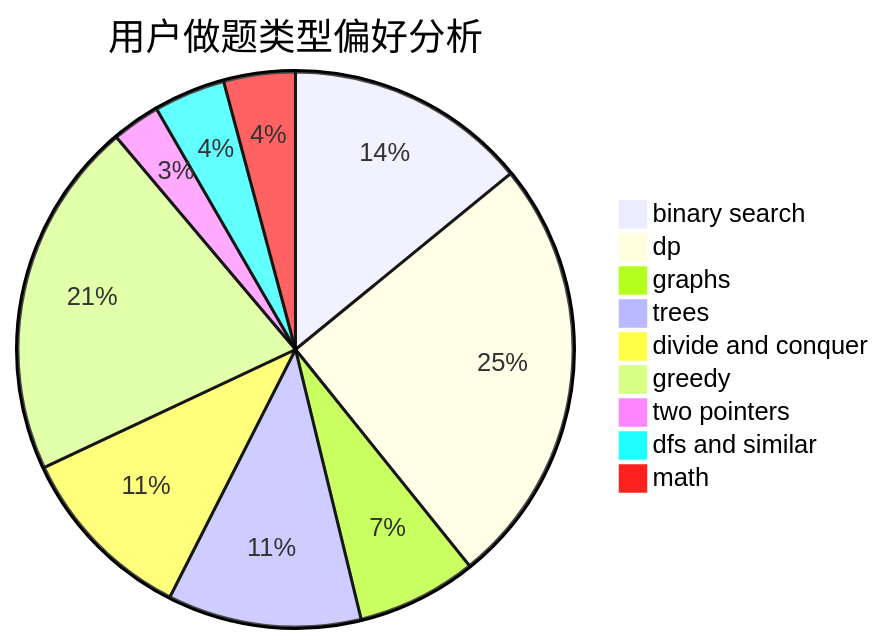
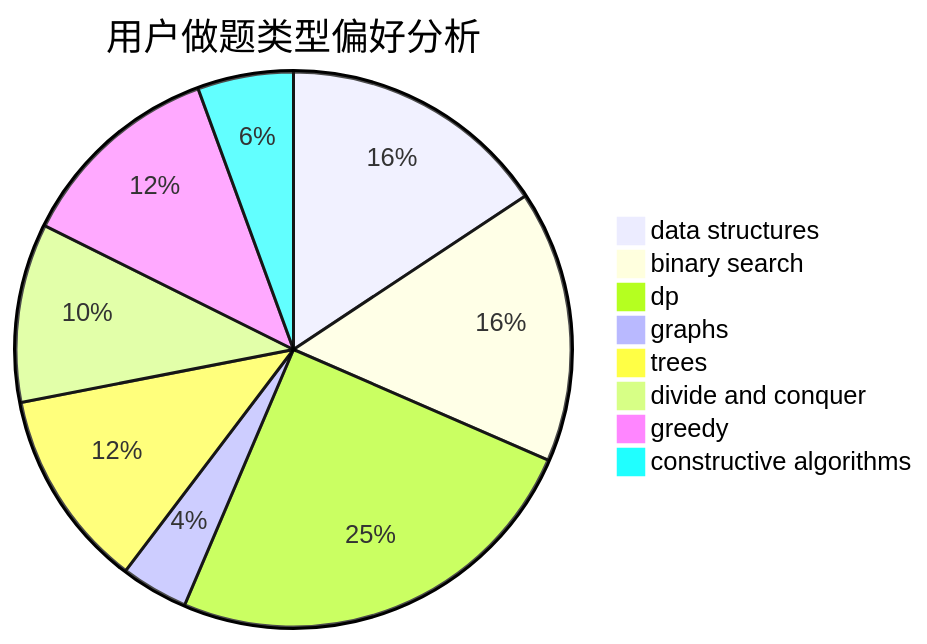
The second of 3 diagrams in docs/user/u738.md (sherpahu/cfrs.github.io), drawn with Mermaid before and after one commit. The commit also changed other lines of this file and 2775 other files, not shown here.

````diff
--- a/docs/user/u738.md
+++ b/docs/user/u738.md
@@ -23,12 +23,11 @@
 ```mermaid
 pie title 用户做题类型偏好分析
-    "binary search" :  115
-    "dp" :  205
-    "graphs" :  57
-    "trees" :  92
-    "divide and conquer" :  86
-    "greedy" :  170
-    "two pointers" :  23
-    "dfs and similar" :  34
-    "math" :  34
+    "data structures" :  104
+    "binary search" :  105
+    "dp" :  165
+    "graphs" :  26
+    "trees" :  77
+    "divide and conquer" :  69
+    "greedy" :  80
+    "constructive algorithms" :  37
 ```
````
